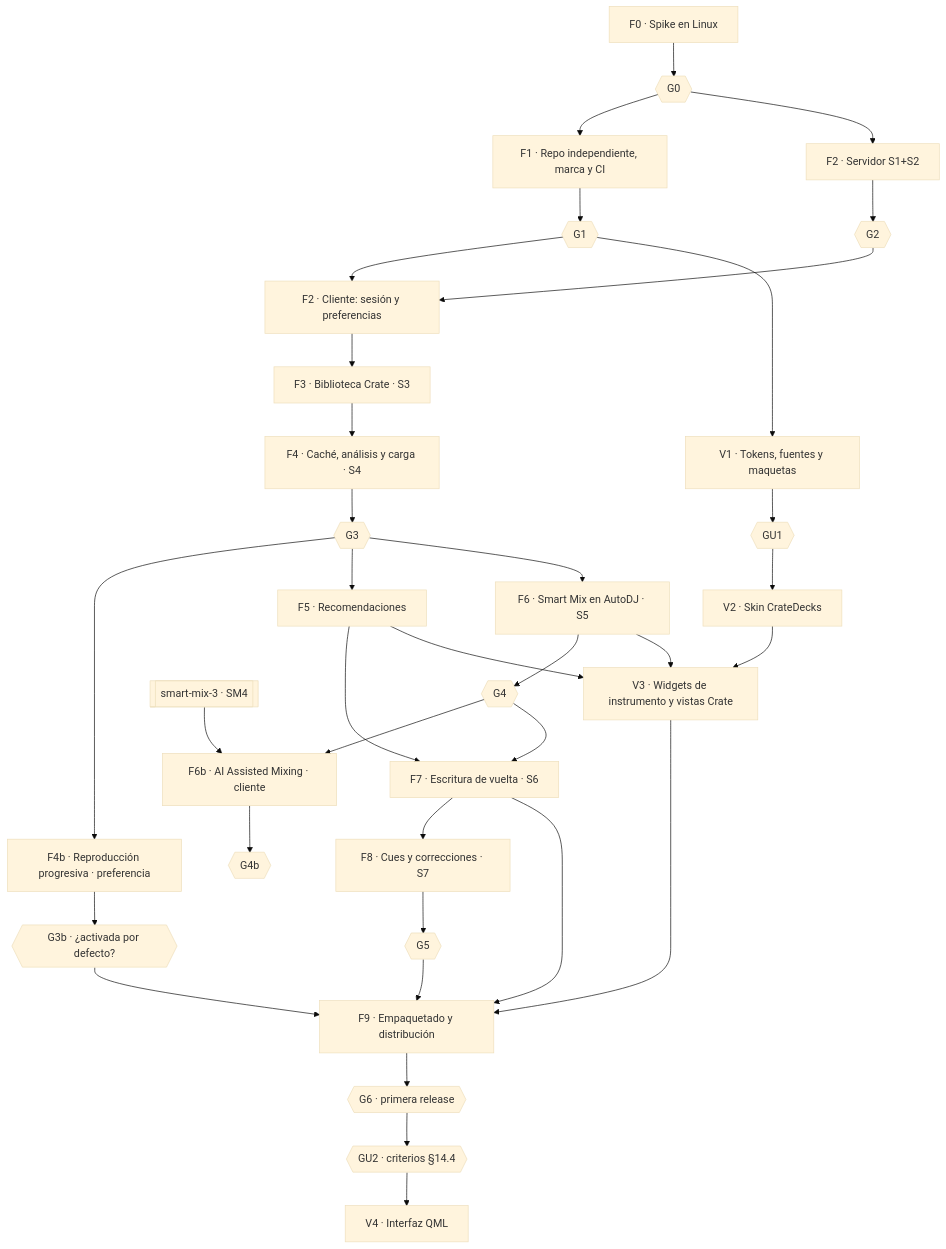
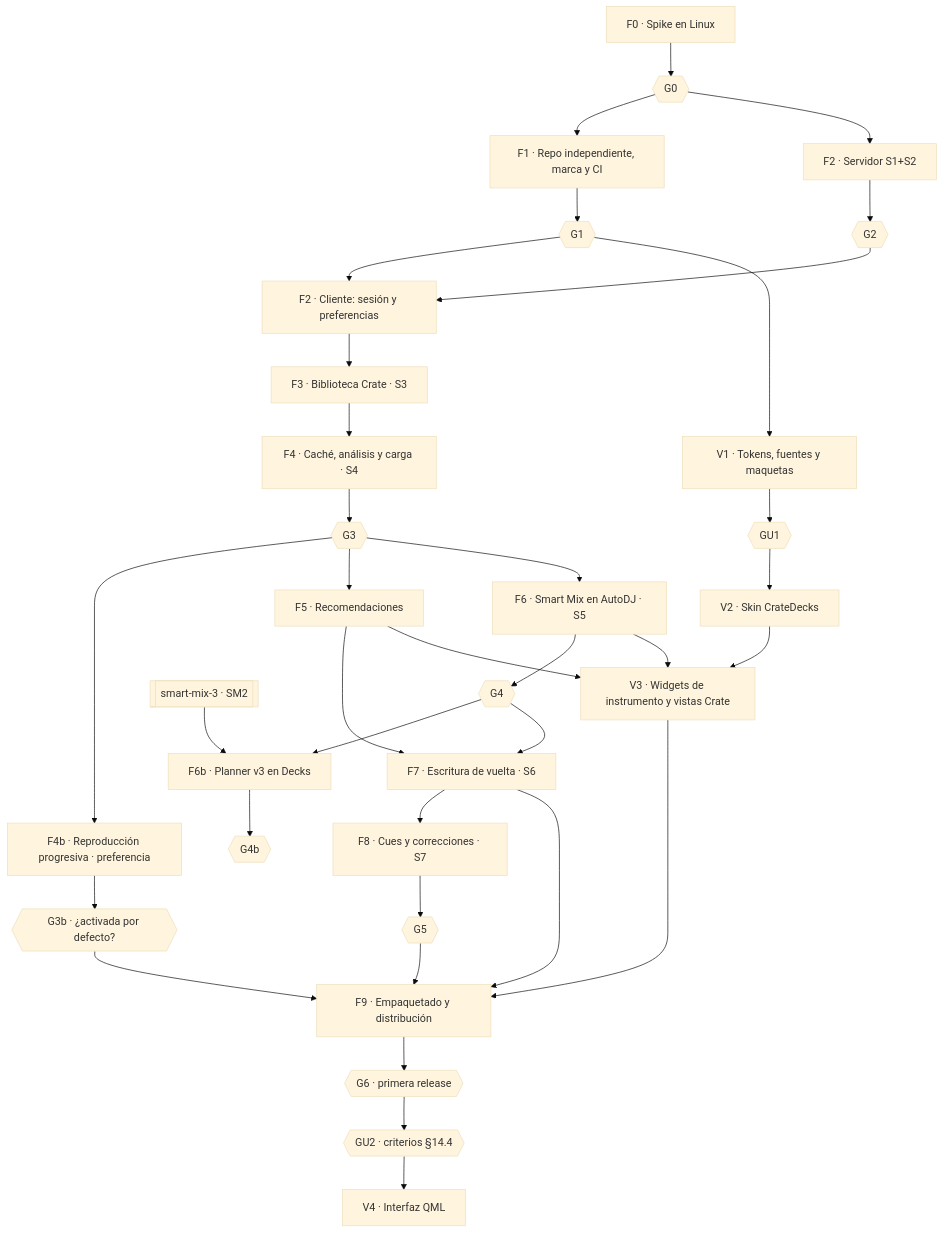
The diagram in docs/plans/2026-11-02-crate-decks-implementation-plan.md (thecrateapp/crate-decks), drawn with Mermaid (base theme) before and after one commit. The commit also changed other lines of this file and 2 other files, not shown here.

````diff
--- a/docs/plans/2026-11-02-crate-decks-implementation-plan.md
+++ b/docs/plans/2026-11-02-crate-decks-implementation-plan.md
@@ -83,38 +83,38 @@
 ```mermaid
 flowchart TD
   F0[F0 · Spike en Linux] --> G0{{G0}}
   G0 --> F1[F1 · Repo independiente, marca y CI]
   F1 --> G1{{G1}}
   G0 --> F2S[F2 · Servidor S1+S2]
   G1 --> F2C[F2 · Cliente: sesión y preferencias]
   F2S --> G2{{G2}}
   G2 --> F2C
   F2C --> F3[F3 · Biblioteca Crate · S3]
   F3 --> F4[F4 · Caché, análisis y carga · S4]
   F4 --> G3{{G3}}
   G3 --> F4b[F4b · Reproducción progresiva · preferencia]
   F4b --> G3b{{G3b · ¿activada por defecto?}}
   G3b --> F9
   G3 --> F5[F5 · Recomendaciones]
   G3 --> F6[F6 · Smart Mix en AutoDJ · S5]
   F6 --> G4{{G4}}
-  SM4[[smart-mix-3 · SM4]] --> F6b[F6b · AI Assisted Mixing · cliente]
+  SM2[[smart-mix-3 · SM2]] --> F6b[F6b · Planner v3 en Decks]
   G4 --> F6b
   F6b --> G4b{{G4b}}
   F5 --> F7[F7 · Escritura de vuelta · S6]
   G4 --> F7
   F7 --> F8[F8 · Cues y correcciones · S7]
   F8 --> G5{{G5}}
   G5 --> F9[F9 · Empaquetado y distribución]
   F7 --> F9
   F9 --> G6{{G6 · primera release}}
   G1 --> V1[V1 · Tokens, fuentes y maquetas]
   V1 --> GU1{{GU1}}
   GU1 --> V2[V2 · Skin CrateDecks]
   V2 --> V3[V3 · Widgets de instrumento y vistas Crate]
   F5 --> V3
   F6 --> V3
   V3 --> F9
   G6 --> GU2{{GU2 · criterios §14.4}}
   GU2 --> V4[V4 · Interfaz QML]
 ```
````
